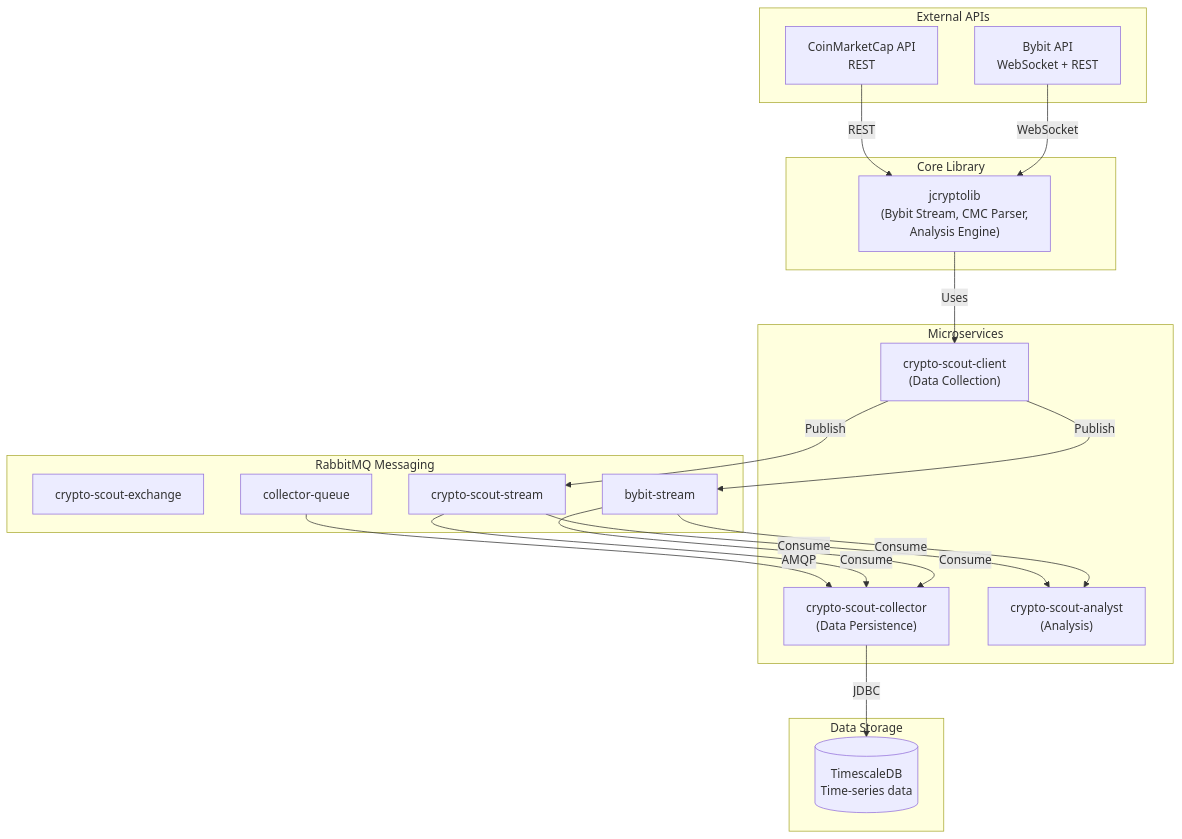
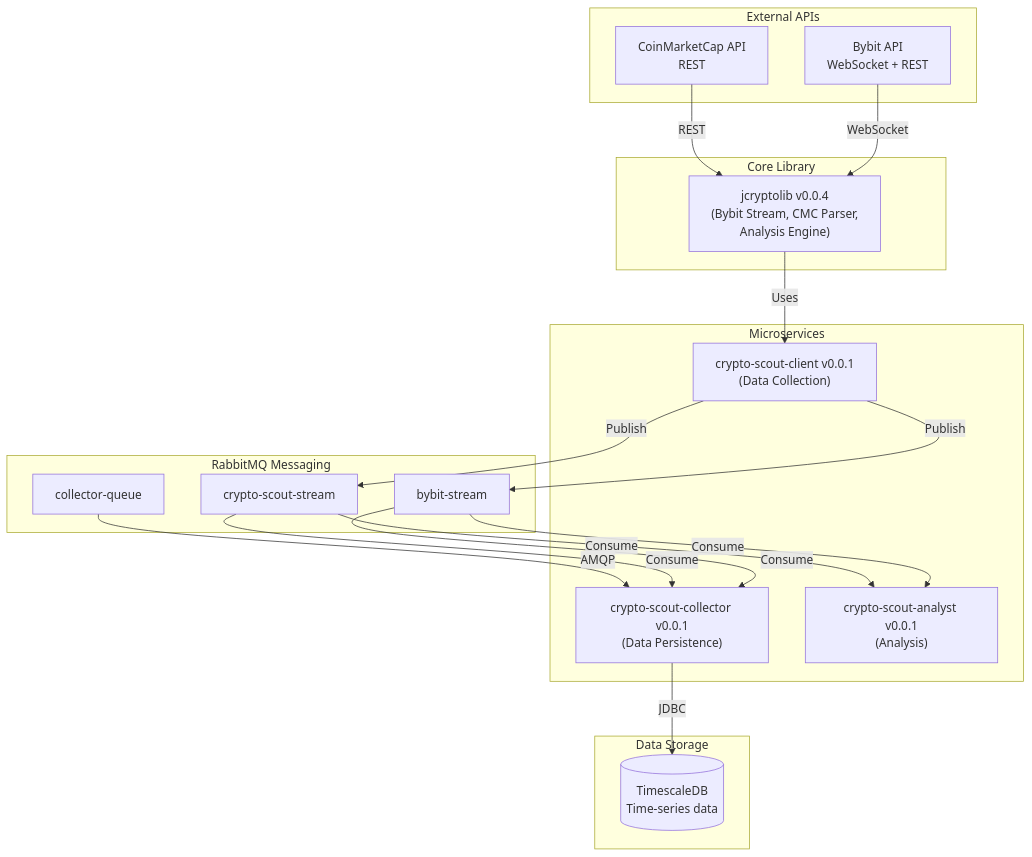
The diagram in .opencode/skills/project-architecture/SKILL.md (akarazhev/crypto-scout), drawn with Mermaid before and after one commit. The commit also changed other lines of this file and 10 other files, not shown here.

````diff
--- a/.opencode/skills/project-architecture/SKILL.md
+++ b/.opencode/skills/project-architecture/SKILL.md
@@ -18,40 +18,39 @@
 ```mermaid
 flowchart TB
     subgraph External["External APIs"]
         Bybit["Bybit API<br/>WebSocket + REST"]
         CMC["CoinMarketCap API<br/>REST"]
     end
-    
+
     subgraph Library["Core Library"]
-        JCL["jcryptolib<br/>(Bybit Stream, CMC Parser,<br/>Analysis Engine)"]
+        JCL["jcryptolib v0.0.4<br/>(Bybit Stream, CMC Parser,<br/>Analysis Engine)"]
     end
-    
+
     subgraph Messaging["RabbitMQ Messaging"]
-        EX["crypto-scout-exchange"]
         BS["bybit-stream"]
         CS["crypto-scout-stream"]
         CQ["collector-queue"]
     end
-    
+
     subgraph Services["Microservices"]
-        Client["crypto-scout-client<br/>(Data Collection)"]
-        Collector["crypto-scout-collector<br/>(Data Persistence)"]
-        Analyst["crypto-scout-analyst<br/>(Analysis)"]
+        Client["crypto-scout-client v0.0.1<br/>(Data Collection)"]
+        Collector["crypto-scout-collector v0.0.1<br/>(Data Persistence)"]
+        Analyst["crypto-scout-analyst v0.0.1<br/>(Analysis)"]
     end
-    
+
     subgraph Storage["Data Storage"]
         DB[("TimescaleDB<br/>Time-series data")]
     end
-    
+
     Bybit -->|WebSocket| JCL
     CMC -->|REST| JCL
     JCL -->|Uses| Client
     Client -->|Publish| BS
     Client -->|Publish| CS
     BS -->|Consume| Collector
     CS -->|Consume| Collector
     Collector -->|JDBC| DB
     BS -->|Consume| Analyst
     CS -->|Consume| Analyst
     CQ -->|AMQP| Collector
 ```
````
